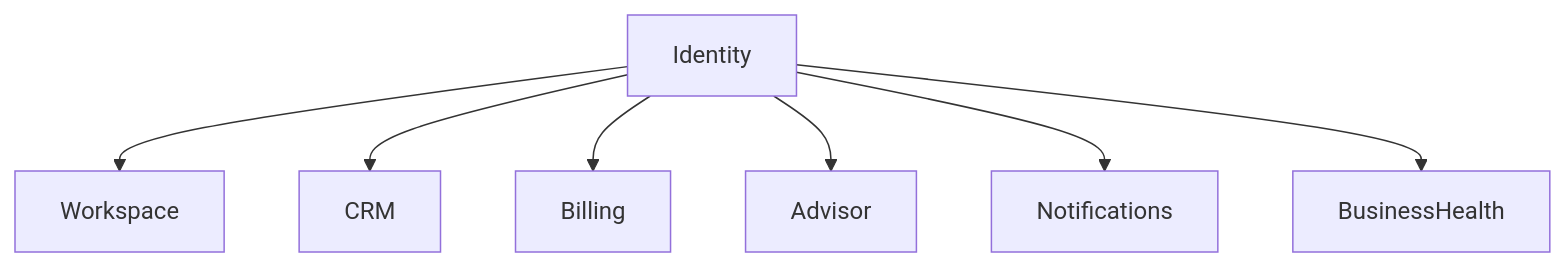
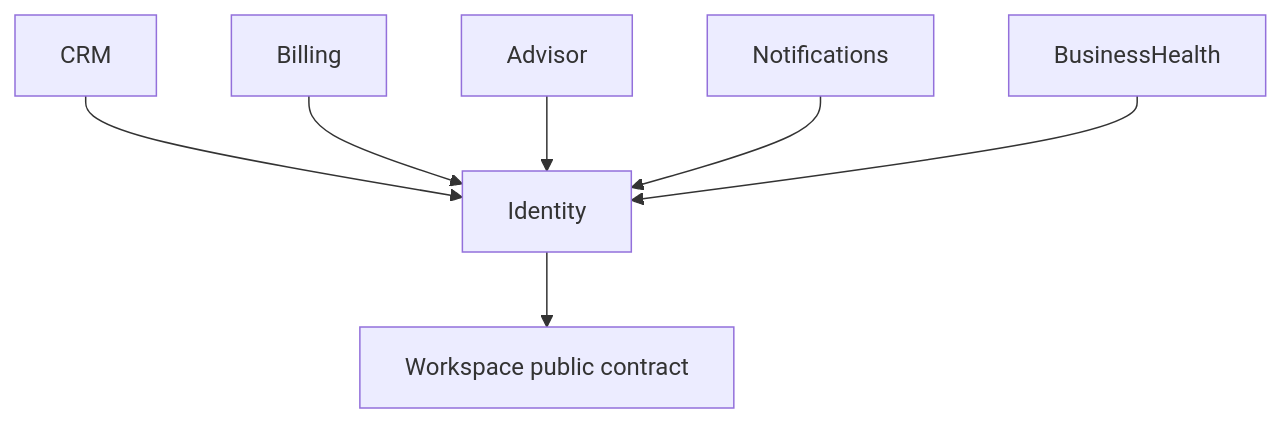
One commit to DanyDev56/atlas-design changed the second of 2 diagrams in fondation/domains/identity/README.md. Above: the diagram before and after it, drawn with Mermaid. The commit also changed other lines of this file and 17 other files, not shown here.

````diff
--- a/fondation/domains/identity/README.md
+++ b/fondation/domains/identity/README.md
@@ -170,12 +181,10 @@
 ```mermaid
 flowchart TD
 
-Identity
-
-Identity --> Workspace
-Identity --> CRM
-Identity --> Billing
-Identity --> Advisor
-Identity --> Notifications
-Identity --> BusinessHealth
+Identity --> WorkspaceContract["Workspace public contract"]
+CRM --> Identity
+Billing --> Identity
+Advisor --> Identity
+Notifications --> Identity
+BusinessHealth --> Identity
 ```
````
